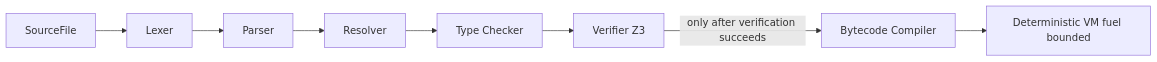
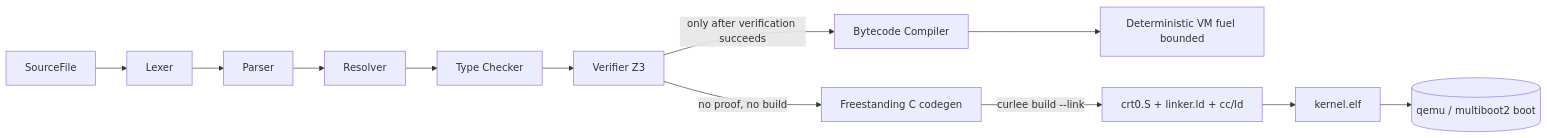
One commit to w4ffl35/curlee changed the diagram in README.md. Above: the diagram before and after it, drawn with Mermaid. The commit also changed other lines of this file and 12 other files, not shown here.

````diff
--- a/README.md
+++ b/README.md
@@ -72,10 +72,14 @@
 ```mermaid
 flowchart LR
   S[SourceFile] --> L[Lexer]
   L --> P[Parser]
   P --> R[Resolver]
   R --> T[Type Checker]
   T --> V[Verifier Z3]
   V -->|only after verification succeeds| C[Bytecode Compiler]
   C --> M[Deterministic VM fuel bounded]
+  V -->|no proof, no build| F[Freestanding C codegen]
+  F -->|curlee build --link| K[crt0.S + linker.ld + cc/ld]
+  K --> E[kernel.elf]
+  E --> Q[(qemu / multiboot2 boot)]
 ```
````
